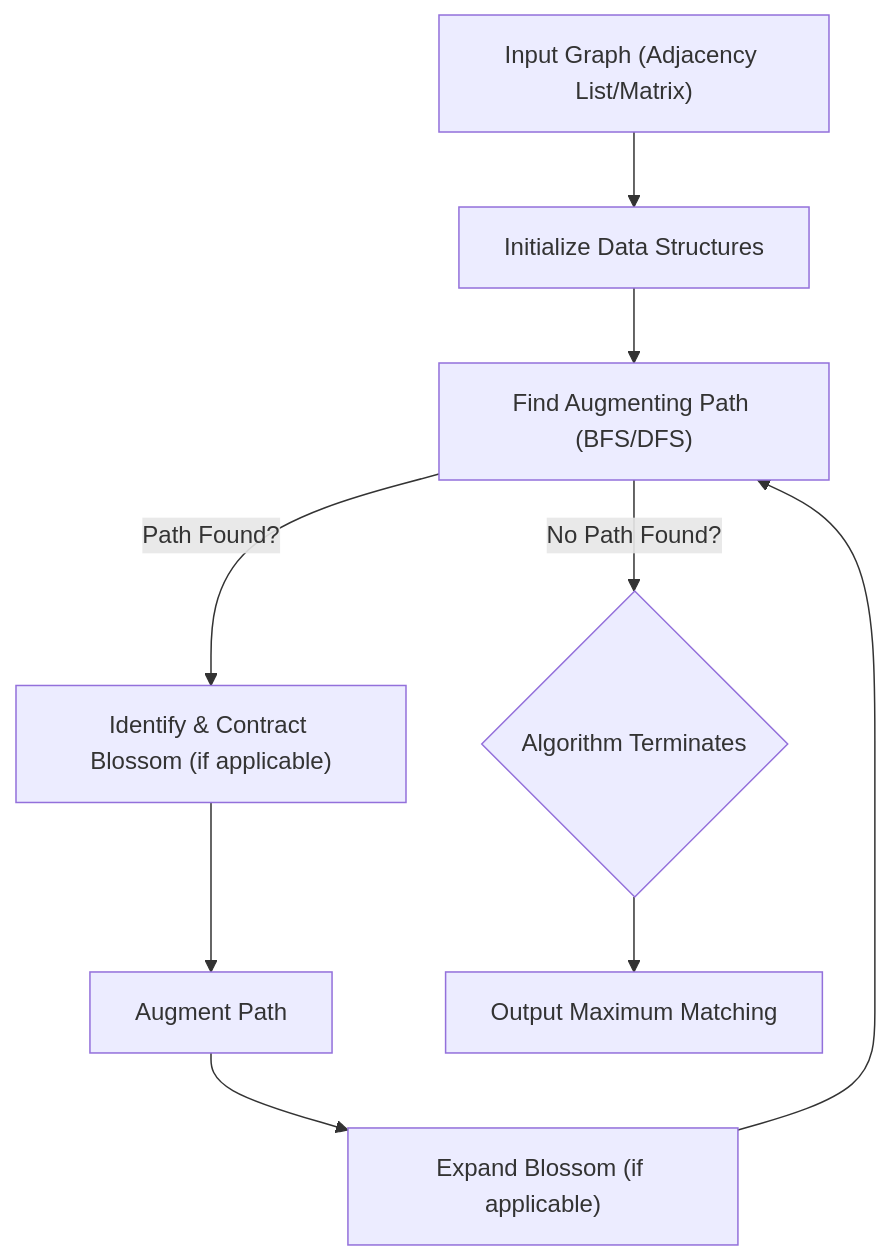
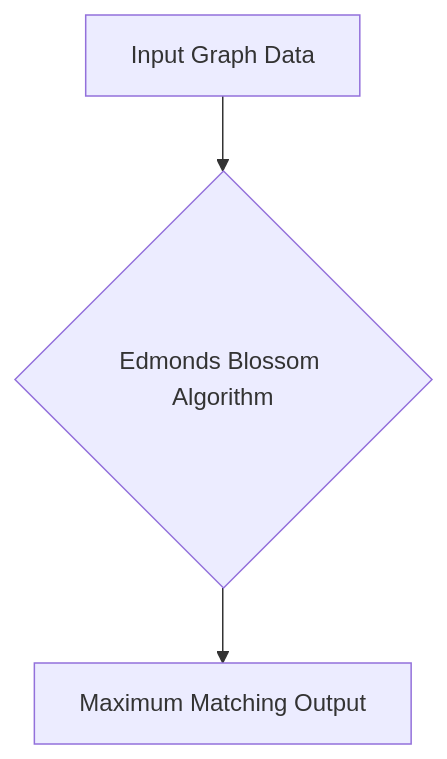
One commit to grewal16/edmonds-blossom-algorithm changed the diagram in README.md. Above: the diagram before and after it, drawn with Mermaid. The commit also changed other lines of this file, not shown here.

````diff
--- a/README.md
+++ b/README.md
@@ -40,11 +26,5 @@
 ```mermaid
 graph TD
-    A["Input Graph (Adjacency List/Matrix)"] --> B["Initialize Data Structures"];
-    B --> C["Find Augmenting Path (BFS/DFS)"];
-    C -- "No Path Found?" --> D{Algorithm Terminates};
-    C -- "Path Found?" --> E["Identify & Contract Blossom (if applicable)"];
-    E --> F["Augment Path"];
-    F --> G["Expand Blossom (if applicable)"];
-    G --> C;
-    D --> H["Output Maximum Matching"];
+    A["Input Graph Data"] --> B{"Edmonds Blossom Algorithm"};
+    B --> C["Maximum Matching Output"];
 ```
````
